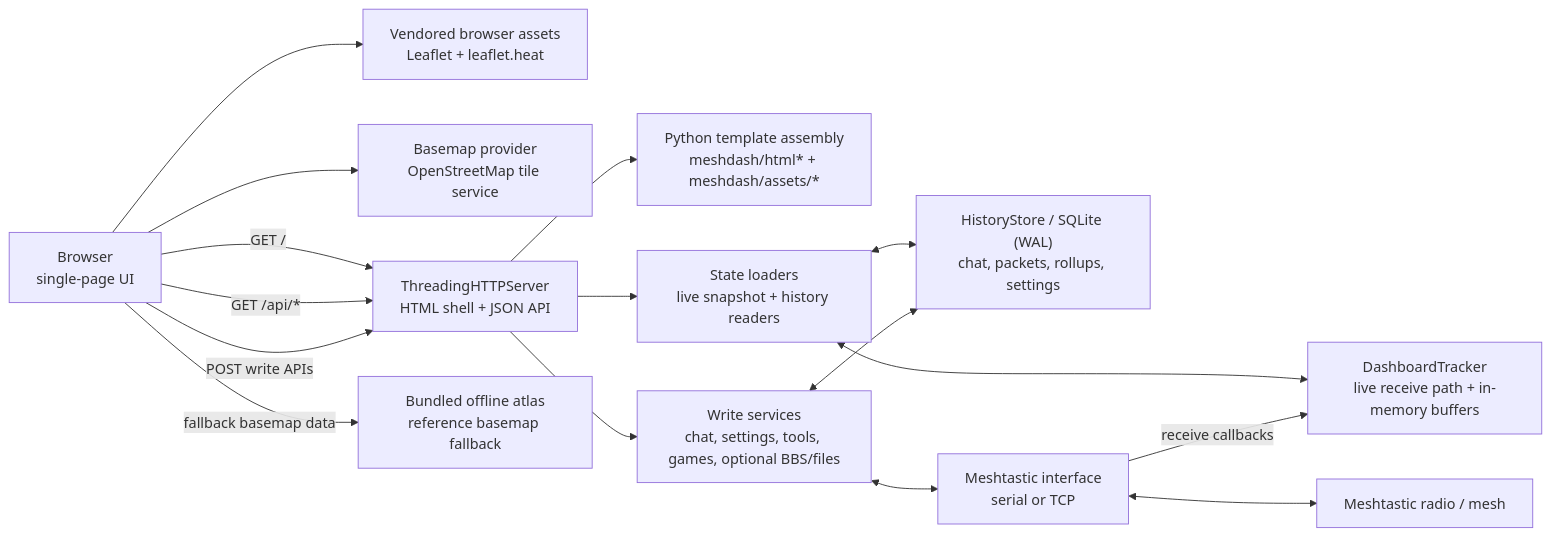
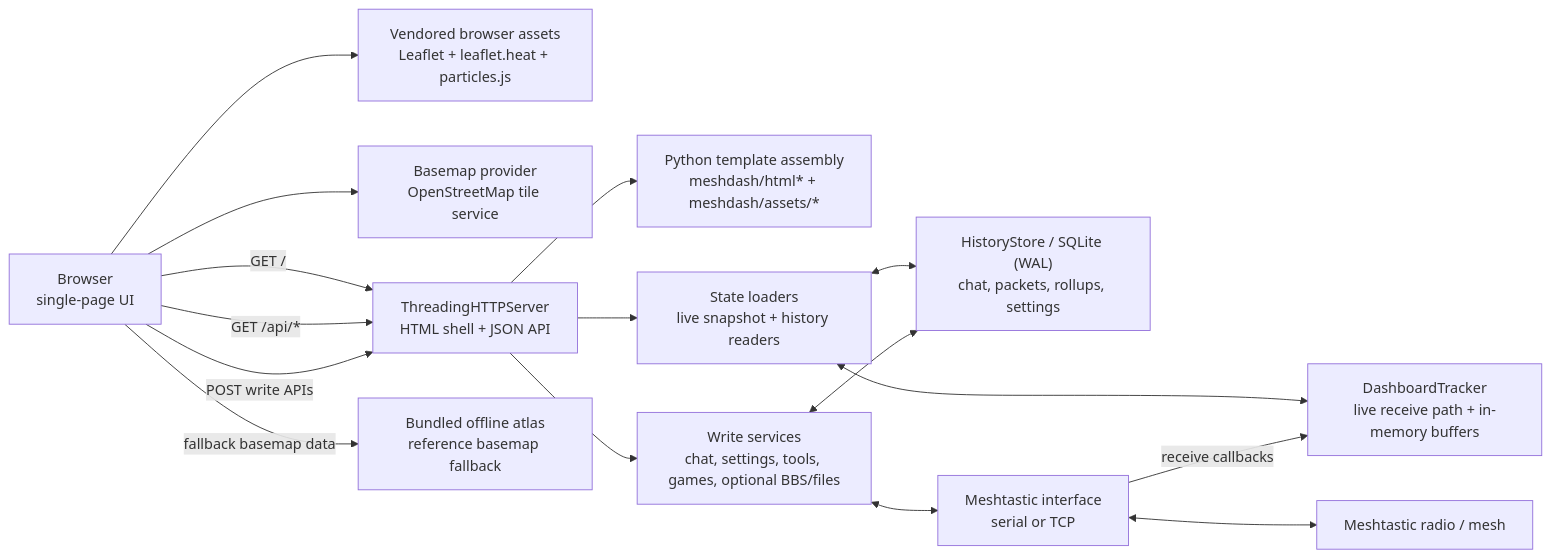
The diagram in README.md (jaronmcd/meshyface), drawn with Mermaid before and after one commit. The commit also changed other lines of this file and 87 other files, not shown here.

````diff
--- a/README.md
+++ b/README.md
@@ -88,31 +88,31 @@
 ```mermaid
 flowchart LR
   Browser["Browser<br/>single-page UI"]
-  CDN["Vendored browser assets<br/>Leaflet + leaflet.heat"]
+  CDN["Vendored browser assets<br/>Leaflet + leaflet.heat + particles.js"]
   Tiles["Basemap provider<br/>OpenStreetMap tile service"]
   Server["ThreadingHTTPServer<br/>HTML shell + JSON API"]
   Assets["Python template assembly<br/>meshdash/html* + meshdash/assets/*"]
   State["State loaders<br/>live snapshot + history readers"]
   Services["Write services<br/>chat, settings, tools, games, optional BBS/files"]
   Tracker["DashboardTracker<br/>live receive path + in-memory buffers"]
   History["HistoryStore / SQLite (WAL)<br/>chat, packets, rollups, settings"]
   Radio["Meshtastic interface<br/>serial or TCP"]
   Mesh["Meshtastic radio / mesh"]
   Atlas["Bundled offline atlas<br/>reference basemap fallback"]
 
   Browser -->|GET /| Server
   Browser -->|GET /api/*| Server
   Browser -->|POST write APIs| Server
   Browser --> CDN
   Browser --> Tiles
   Browser -->|fallback basemap data| Atlas
   Server --> Assets
   Server --> State
   Server --> Services
   State <--> Tracker
   State <--> History
   Services <--> History
   Services <--> Radio
   Radio <--> Mesh
   Radio -->|receive callbacks| Tracker
 ```
````
